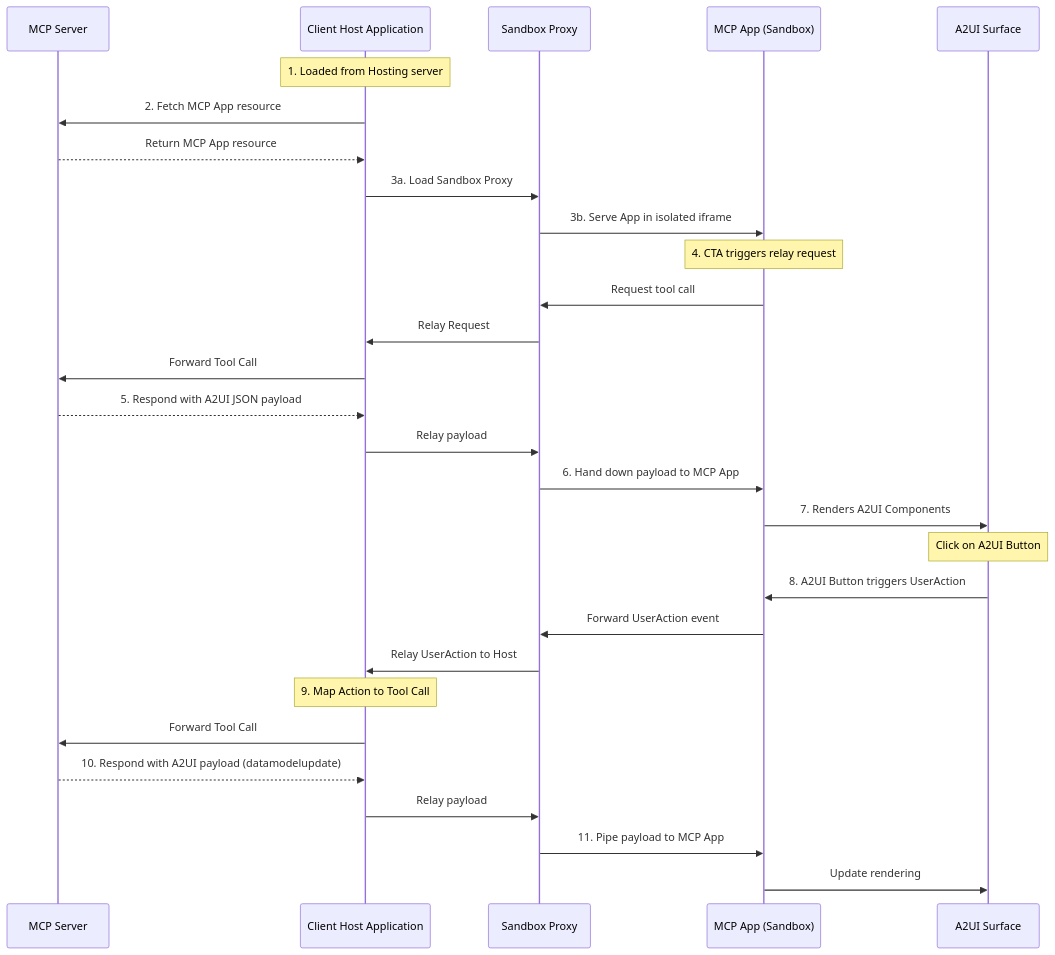
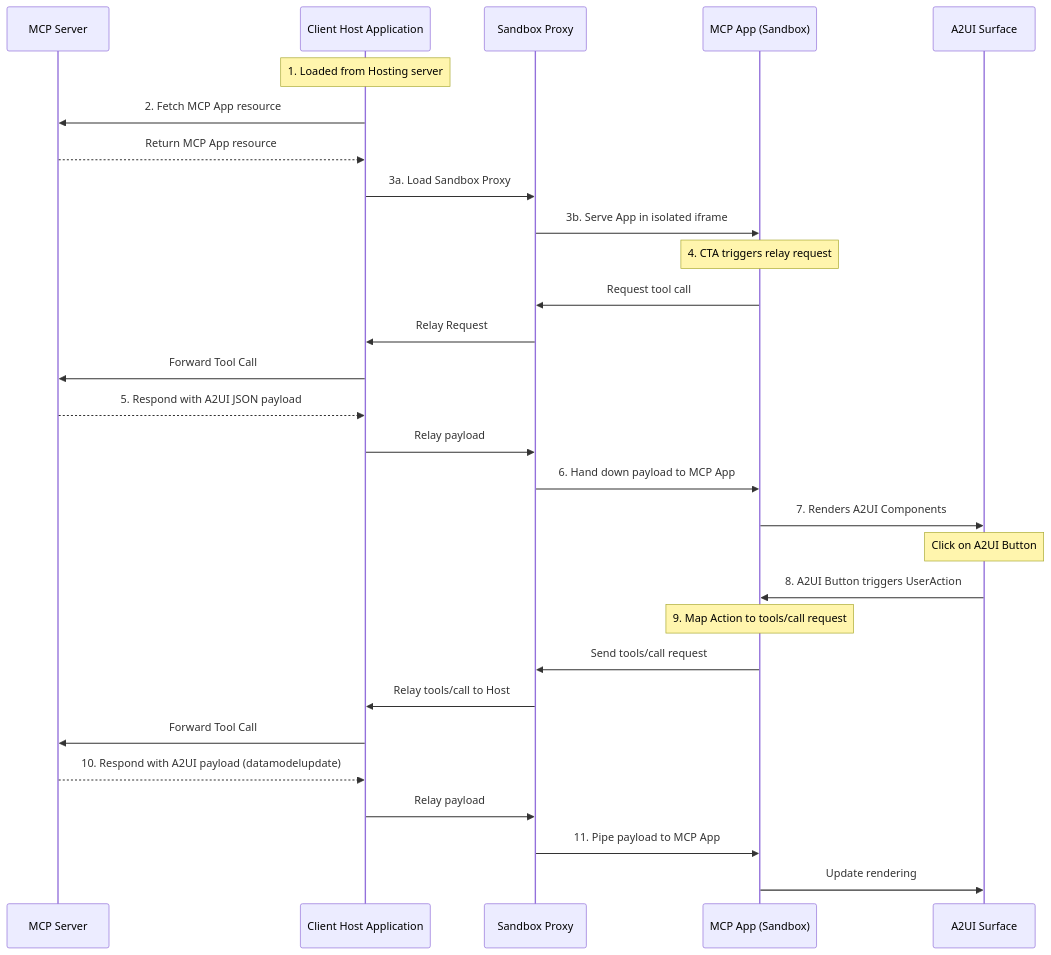
One commit to a2ui-project/a2ui changed the diagram in samples/community/mcp/a2ui-in-mcpapps/README.md. Above: the diagram before and after it, drawn with Mermaid. The commit also changed 3 other files, not shown here.

First line of the commit message:
fix(samples): use standard tools/call messages in a2ui-in-mcpapps

````diff
--- a/samples/community/mcp/a2ui-in-mcpapps/README.md
+++ b/samples/community/mcp/a2ui-in-mcpapps/README.md
@@ -14,35 +14,35 @@
 ```mermaid
 sequenceDiagram
     participant Server as MCP Server
     participant Host as Client Host Application
     participant Proxy as Sandbox Proxy
     participant App as MCP App (Sandbox)
     participant A2UI as A2UI Surface
 
     Note over Host: 1. Loaded from Hosting server
     Host->>Server: 2. Fetch MCP App resource
     Server-->>Host: Return MCP App resource
     Host->>Proxy: 3a. Load Sandbox Proxy
     Proxy->>App: 3b. Serve App in isolated iframe
 
     Note over App: 4. CTA triggers relay request
     App->>Proxy: Request tool call
     Proxy->>Host: Relay Request
     Host->>Server: Forward Tool Call
     Server-->>Host: 5. Respond with A2UI JSON payload
     Host->>Proxy: Relay payload
     Proxy->>App: 6. Hand down payload to MCP App
 
     App->>A2UI: 7. Renders A2UI Components
     Note over A2UI: Click on A2UI Button
 
     A2UI->>App: 8. A2UI Button triggers UserAction
-    App->>Proxy: Forward UserAction event
-    Proxy->>Host: Relay UserAction to Host
-    Note over Host: 9. Map Action to Tool Call
+    Note over App: 9. Map Action to tools/call request
+    App->>Proxy: Send tools/call request
+    Proxy->>Host: Relay tools/call to Host
     Host->>Server: Forward Tool Call
     Server-->>Host: 10. Respond with A2UI payload (datamodelupdate)
     Host->>Proxy: Relay payload
     Proxy->>App: 11. Pipe payload to MCP App
     App->>A2UI: Update rendering
 ```
````
